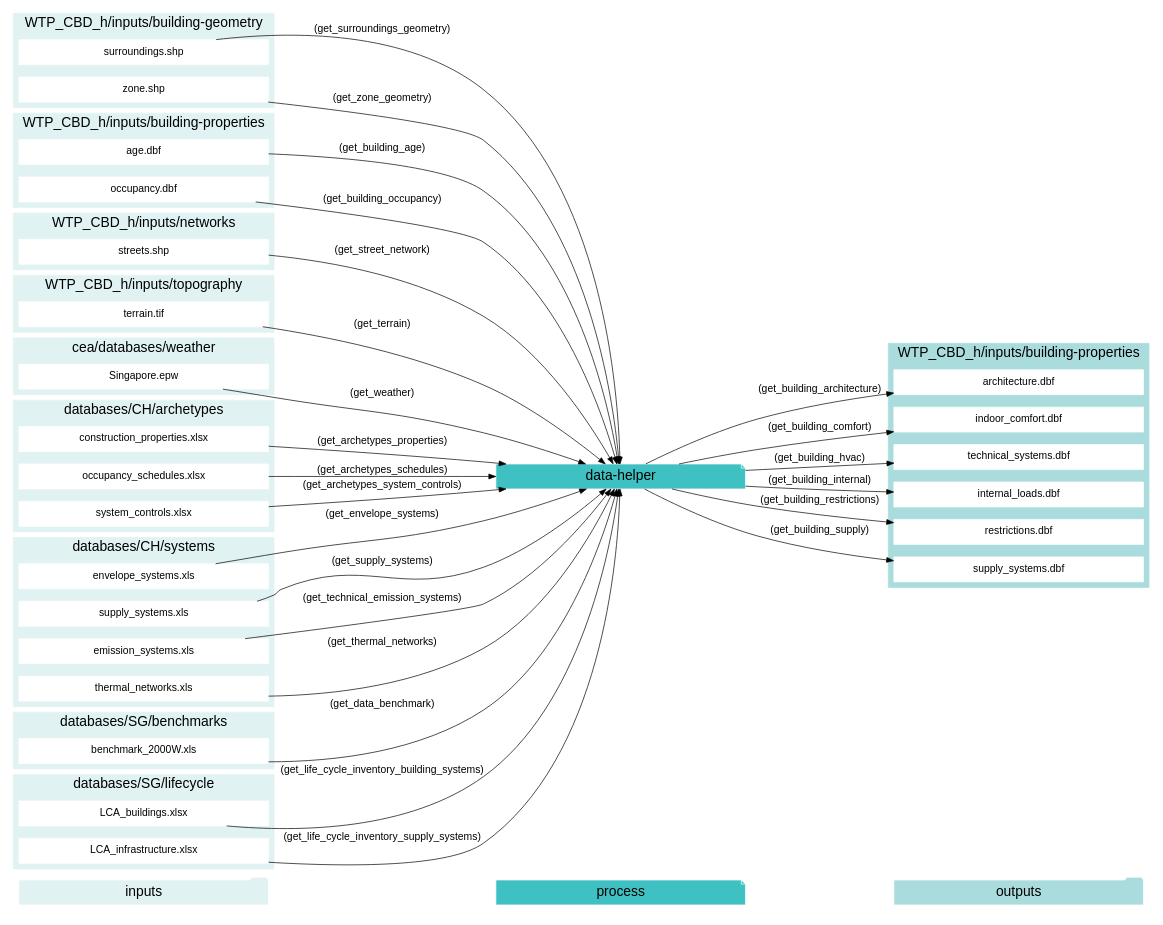
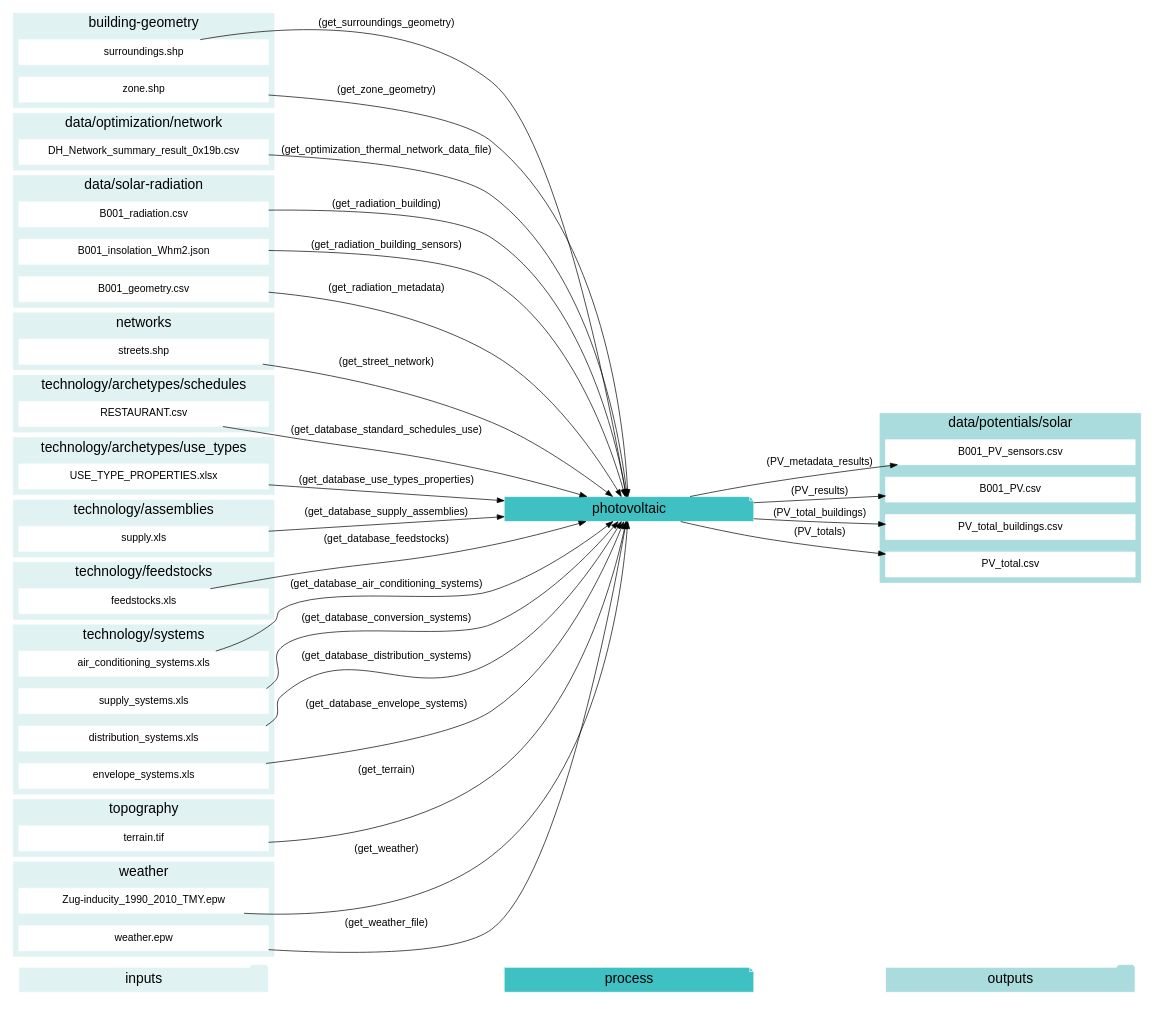
One commit to architecture-building-systems/CityEnergyAnalyst changed the third of 20 diagrams in docs/script-data-flow.rst. Above: the diagram before and after it, drawn with Graphviz. The commit also changed other lines of this file and 24 other files, not shown here.

```diff
--- a/docs/script-data-flow.rst
+++ b/docs/script-data-flow.rst
@@ -166,13 +318,13 @@
     "inputs"->"process"[style=invis]
     "process"->"outputs"[style=invis]
     }
-    "data-helper"[style=filled, color=white, fillcolor="#3FC0C2", shape=note, fontsize=20, fontname=arial];
+    "photovoltaic"[style=filled, color=white, fillcolor="#3FC0C2", shape=note, fontsize=20, fontname=arial];
     subgraph cluster_0_in {
         style = filled;
         color = "#E1F2F2";
         fontsize = 20;
         rank=same;
-        label="WTP_CBD_h/inputs/building-geometry";
+        label="building-geometry";
         "surroundings.shp"
         "zone.shp"
     }
@@ -181,106 +333,118 @@
         color = "#E1F2F2";
         fontsize = 20;
         rank=same;
-        label="WTP_CBD_h/inputs/building-properties";
-        "age.dbf"
-        "occupancy.dbf"
+        label="data/optimization/network";
+        "DH_Network_summary_result_0x19b.csv"
     }
-    subgraph cluster_1_out {
+    subgraph cluster_2_out {
         style = filled;
         color = "#aadcdd";
         fontsize = 20;
         rank=same;
-        label="WTP_CBD_h/inputs/building-properties";
-        "architecture.dbf"
-        "indoor_comfort.dbf"
-        "technical_systems.dbf"
-        "internal_loads.dbf"
-        "restrictions.dbf"
-        "supply_systems.dbf"
-    }
-    subgraph cluster_2_in {
-        style = filled;
-        color = "#E1F2F2";
-        fontsize = 20;
-        rank=same;
-        label="WTP_CBD_h/inputs/networks";
-        "streets.shp"
+        label="data/potentials/solar";
+        "B001_PV_sensors.csv"
+        "B001_PV.csv"
+        "PV_total_buildings.csv"
+        "PV_total.csv"
     }
     subgraph cluster_3_in {
         style = filled;
         color = "#E1F2F2";
         fontsize = 20;
         rank=same;
-        label="WTP_CBD_h/inputs/topography";
-        "terrain.tif"
+        label="data/solar-radiation";
+        "B001_radiation.csv"
+        "B001_insolation_Whm2.json"
+        "B001_geometry.csv"
     }
     subgraph cluster_4_in {
         style = filled;
         color = "#E1F2F2";
         fontsize = 20;
         rank=same;
-        label="cea/databases/weather";
-        "Singapore.epw"
+        label="networks";
+        "streets.shp"
     }
     subgraph cluster_5_in {
         style = filled;
         color = "#E1F2F2";
         fontsize = 20;
         rank=same;
-        label="databases/CH/archetypes";
-        "construction_properties.xlsx"
-        "occupancy_schedules.xlsx"
-        "system_controls.xlsx"
+        label="technology/archetypes/schedules";
+        "RESTAURANT.csv"
     }
     subgraph cluster_6_in {
         style = filled;
         color = "#E1F2F2";
         fontsize = 20;
         rank=same;
-        label="databases/CH/systems";
-        "envelope_systems.xls"
-        "supply_systems.xls"
-        "emission_systems.xls"
-        "thermal_networks.xls"
+        label="technology/archetypes/use_types";
+        "USE_TYPE_PROPERTIES.xlsx"
     }
     subgraph cluster_7_in {
         style = filled;
         color = "#E1F2F2";
         fontsize = 20;
         rank=same;
-        label="databases/SG/benchmarks";
-        "benchmark_2000W.xls"
+        label="technology/assemblies";
+        "supply.xls"
     }
     subgraph cluster_8_in {
         style = filled;
         color = "#E1F2F2";
         fontsize = 20;
         rank=same;
-        label="databases/SG/lifecycle";
-        "LCA_buildings.xlsx"
-        "LCA_infrastructure.xlsx"
+        label="technology/feedstocks";
+        "feedstocks.xls"
     }
-    "construction_properties.xlsx" -> "data-helper"[label="(get_archetypes_properties)"]
-    "occupancy_schedules.xlsx" -> "data-helper"[label="(get_archetypes_schedules)"]
-    "system_controls.xlsx" -> "data-helper"[label="(get_archetypes_system_controls)"]
-    "age.dbf" -> "data-helper"[label="(get_building_age)"]
-    "occupancy.dbf" -> "data-helper"[label="(get_building_occupancy)"]
-    "benchmark_2000W.xls" -> "data-helper"[label="(get_data_benchmark)"]
-    "surroundings.shp" -> "data-helper"[label="(get_surroundings_geometry)"]
-    "envelope_systems.xls" -> "data-helper"[label="(get_envelope_systems)"]
-    "LCA_buildings.xlsx" -> "data-helper"[label="(get_life_cycle_inventory_building_systems)"]
-    "LCA_infrastructure.xlsx" -> "data-helper"[label="(get_life_cycle_inventory_supply_systems)"]
-    "streets.shp" -> "data-helper"[label="(get_street_network)"]
-    "supply_systems.xls" -> "data-helper"[label="(get_supply_systems)"]
-    "emission_systems.xls" -> "data-helper"[label="(get_technical_emission_systems)"]
-    "terrain.tif" -> "data-helper"[label="(get_terrain)"]
-    "thermal_networks.xls" -> "data-helper"[label="(get_thermal_networks)"]
-    "Singapore.epw" -> "data-helper"[label="(get_weather)"]
-    "zone.shp" -> "data-helper"[label="(get_zone_geometry)"]
-    "data-helper" -> "architecture.dbf"[label="(get_building_architecture)"]
-    "data-helper" -> "indoor_comfort.dbf"[label="(get_building_comfort)"]
-    "data-helper" -> "technical_systems.dbf"[label="(get_building_hvac)"]
-    "data-helper" -> "internal_loads.dbf"[label="(get_building_internal)"]
-    "data-helper" -> "restrictions.dbf"[label="(get_building_restrictions)"]
-    "data-helper" -> "supply_systems.dbf"[label="(get_building_supply)"]
+    subgraph cluster_9_in {
+        style = filled;
+        color = "#E1F2F2";
+        fontsize = 20;
+        rank=same;
+        label="technology/systems";
+        "air_conditioning_systems.xls"
+        "supply_systems.xls"
+        "distribution_systems.xls"
+        "envelope_systems.xls"
     }
+    subgraph cluster_10_in {
+        style = filled;
+        color = "#E1F2F2";
+        fontsize = 20;
+        rank=same;
+        label="topography";
+        "terrain.tif"
+    }
+    subgraph cluster_11_in {
+        style = filled;
+        color = "#E1F2F2";
+        fontsize = 20;
+        rank=same;
+        label="weather";
+        "Zug-inducity_1990_2010_TMY.epw"
+        "weather.epw"
+    }
+    "air_conditioning_systems.xls" -> "photovoltaic"[label="(get_database_air_conditioning_systems)"]
+    "supply_systems.xls" -> "photovoltaic"[label="(get_database_conversion_systems)"]
+    "distribution_systems.xls" -> "photovoltaic"[label="(get_database_distribution_systems)"]
+    "envelope_systems.xls" -> "photovoltaic"[label="(get_database_envelope_systems)"]
+    "feedstocks.xls" -> "photovoltaic"[label="(get_database_feedstocks)"]
+    "RESTAURANT.csv" -> "photovoltaic"[label="(get_database_standard_schedules_use)"]
+    "supply.xls" -> "photovoltaic"[label="(get_database_supply_assemblies)"]
+    "USE_TYPE_PROPERTIES.xlsx" -> "photovoltaic"[label="(get_database_use_types_properties)"]
+    "DH_Network_summary_result_0x19b.csv" -> "photovoltaic"[label="(get_optimization_thermal_network_data_file)"]
+    "B001_radiation.csv" -> "photovoltaic"[label="(get_radiation_building)"]
+    "B001_insolation_Whm2.json" -> "photovoltaic"[label="(get_radiation_building_sensors)"]
+    "B001_geometry.csv" -> "photovoltaic"[label="(get_radiation_metadata)"]
+    "streets.shp" -> "photovoltaic"[label="(get_street_network)"]
+    "surroundings.shp" -> "photovoltaic"[label="(get_surroundings_geometry)"]
+    "terrain.tif" -> "photovoltaic"[label="(get_terrain)"]
+    "Zug-inducity_1990_2010_TMY.epw" -> "photovoltaic"[label="(get_weather)"]
+    "weather.epw" -> "photovoltaic"[label="(get_weather_file)"]
+    "zone.shp" -> "photovoltaic"[label="(get_zone_geometry)"]
+    "photovoltaic" -> "B001_PV_sensors.csv"[label="(PV_metadata_results)"]
+    "photovoltaic" -> "B001_PV.csv"[label="(PV_results)"]
+    "photovoltaic" -> "PV_total_buildings.csv"[label="(PV_total_buildings)"]
+    "photovoltaic" -> "PV_total.csv"[label="(PV_totals)"]
+    }
```
